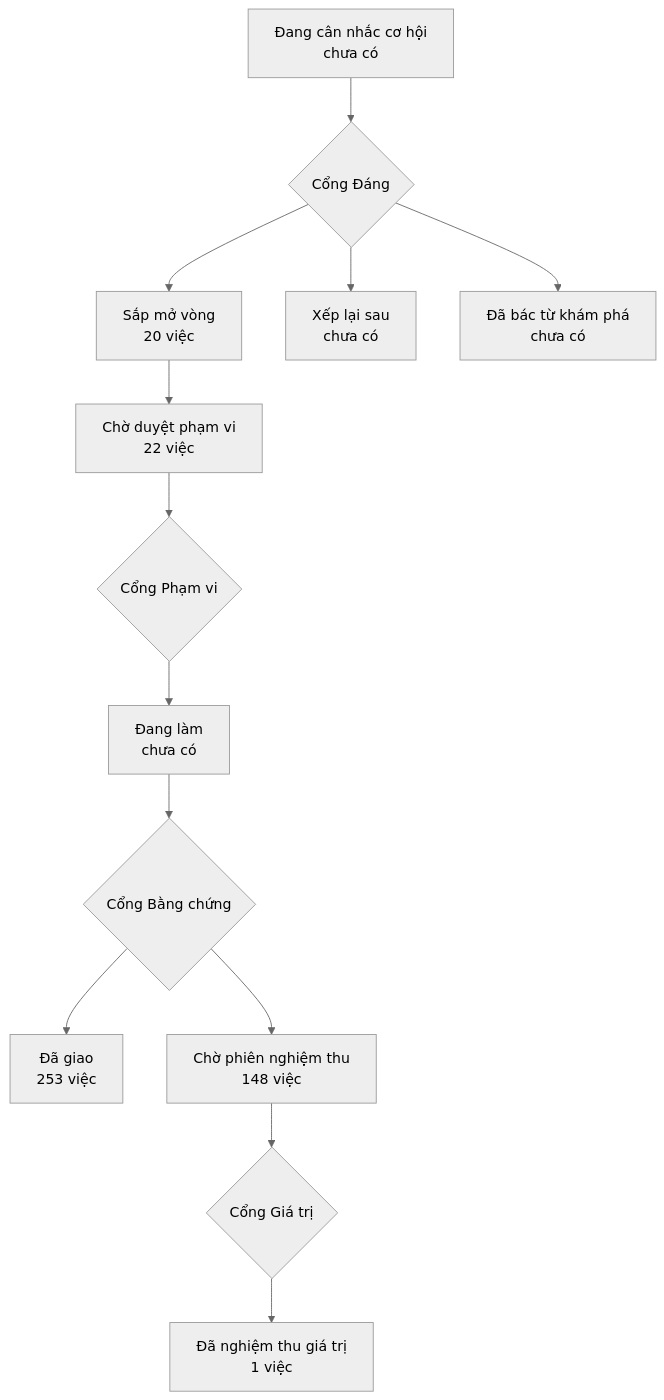
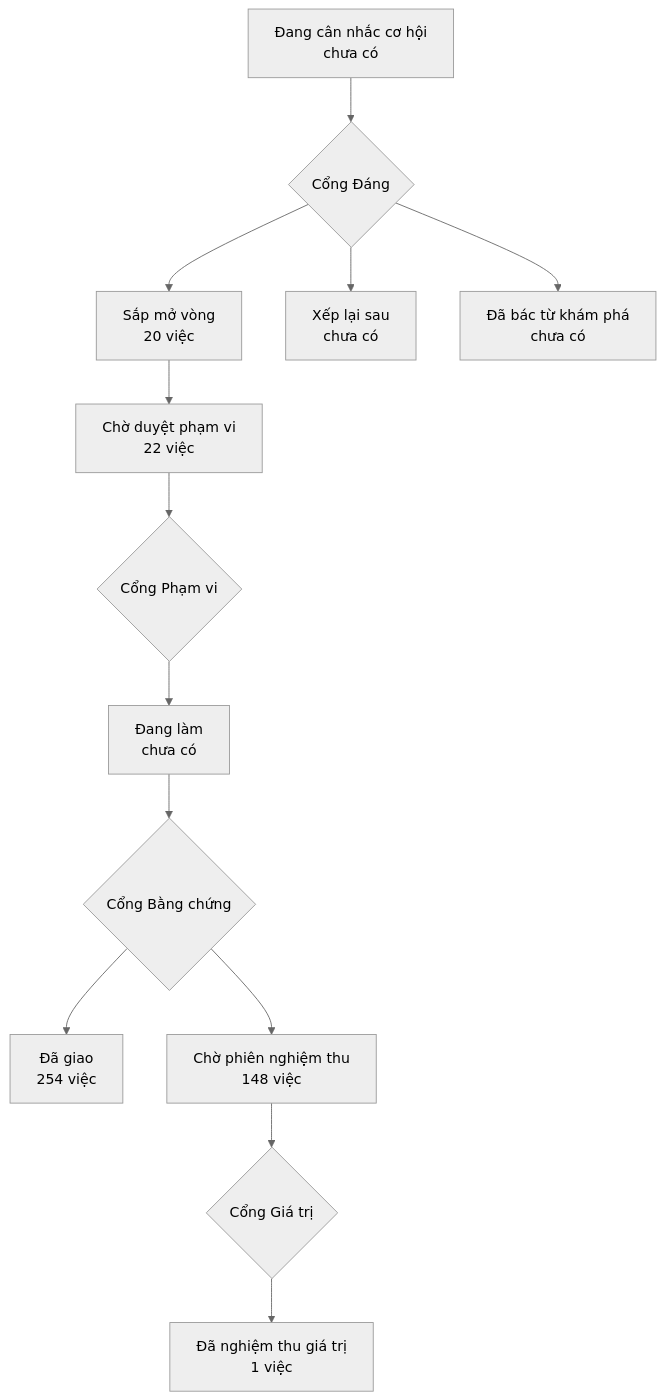
One commit to phanlemanh/onehub-invest changed the diagram in PRODUCT-MAP.md. Above: the diagram before and after it, drawn with Mermaid (neutral theme). The commit also changed other lines of this file and 11 other files, not shown here.

````diff
--- a/PRODUCT-MAP.md
+++ b/PRODUCT-MAP.md
@@ -7,12 +7,12 @@
 ```mermaid
 flowchart TD
   A["Đang cân nhắc cơ hội<br/>chưa có"] --> GD{"Cổng Đáng"}
   GD --> B["Sắp mở vòng<br/>20 việc"]
   GD --> XL["Xếp lại sau<br/>chưa có"]
   GD --> DB["Đã bác từ khám phá<br/>chưa có"]
   B --> CD["Chờ duyệt phạm vi<br/>22 việc"] --> GP{"Cổng Phạm vi"}
   GP --> DL["Đang làm<br/>chưa có"] --> GB{"Cổng Bằng chứng"}
-  GB --> DG["Đã giao<br/>253 việc"]
+  GB --> DG["Đã giao<br/>254 việc"]
   GB --> CN["Chờ phiên nghiệm thu<br/>148 việc"] --> GG{"Cổng Giá trị"}
   GG --> NT["Đã nghiệm thu giá trị<br/>1 việc"]
 ```
````
